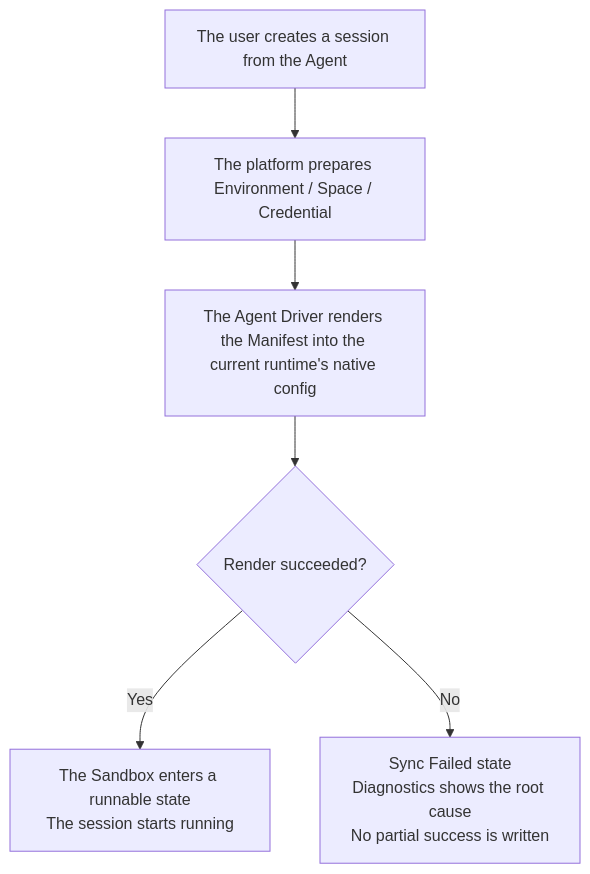
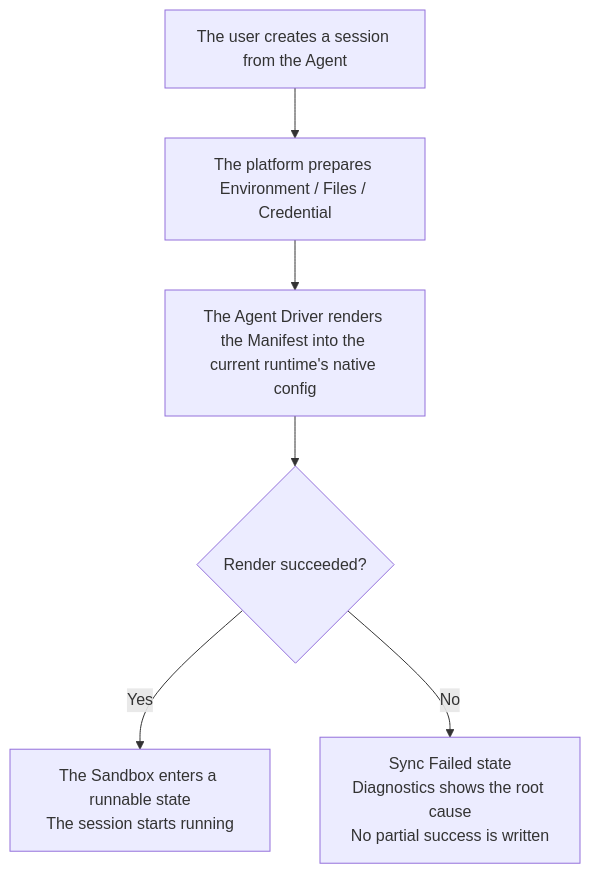
The fourth of 4 diagrams in docs/prd/agent-manifest.md (langgenius/mosoo), drawn with Mermaid before and after one commit. The commit also changed other lines of this file and 314 other files, not shown here.

````diff
--- a/docs/prd/agent-manifest.md
+++ b/docs/prd/agent-manifest.md
@@ -221,8 +221,8 @@
 ```mermaid
 flowchart TD
-  S1["The user creates a session from the Agent"] --> S2["The platform prepares Environment / Space / Credential"]
+  S1["The user creates a session from the Agent"] --> S2["The platform prepares Environment / Files / Credential"]
   S2 --> S3["The Agent Driver renders the Manifest into the current runtime's native config"]
   S3 --> S4{"Render succeeded?"}
   S4 -->|Yes| S5["The Sandbox enters a runnable state<br/>The session starts running"]
   S4 -->|No| S6["Sync Failed state<br/>Diagnostics shows the root cause<br/>No partial success is written"]
 ```
````
